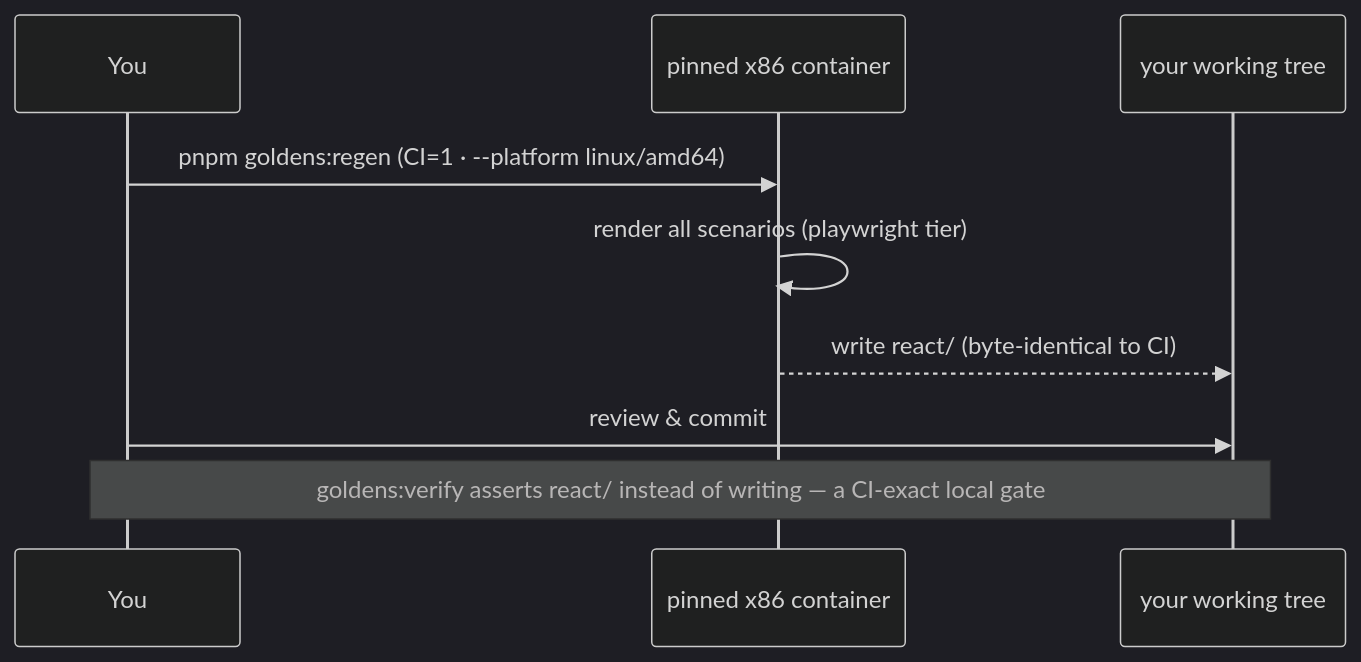
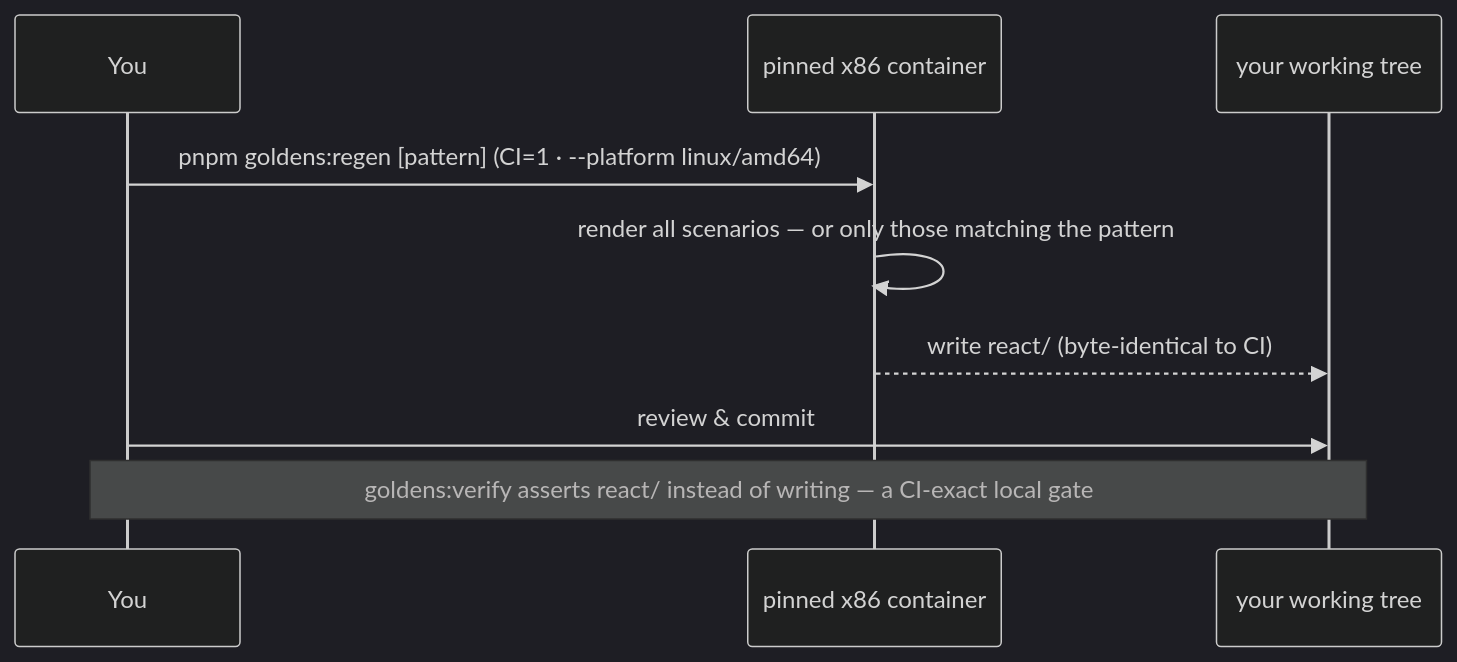
Before and after one commit to bettersoftware-io/ReactiveTraderCloudClone: the fifth of 9 diagrams in packages/client-react/tests/ui/visual/UPDATING-GOLDENS.md, drawn with Mermaid (dark theme). The commit also changed other lines of this file and 3 other files, not shown here.

First line of the commit message:
perf(ci): skip visual.yml on doc-only merges + make Route 2 golden regen selective

````diff
--- a/packages/client-react/tests/ui/visual/UPDATING-GOLDENS.md
+++ b/packages/client-react/tests/ui/visual/UPDATING-GOLDENS.md
@@ -123,11 +123,11 @@
 ```mermaid
 sequenceDiagram
     participant You
     participant Container as pinned x86 container
     participant Tree as your working tree
-    You->>Container: pnpm goldens:regen (CI=1 · --platform linux/amd64)
-    Container->>Container: render all scenarios (playwright tier)
+    You->>Container: pnpm goldens:regen [pattern] (CI=1 · --platform linux/amd64)
+    Container->>Container: render all scenarios — or only those matching the pattern
     Container-->>Tree: write react/ (byte-identical to CI)
     You->>Tree: review & commit
     Note over You,Tree: goldens:verify asserts react/ instead of writing — a CI-exact local gate
 ```
````
